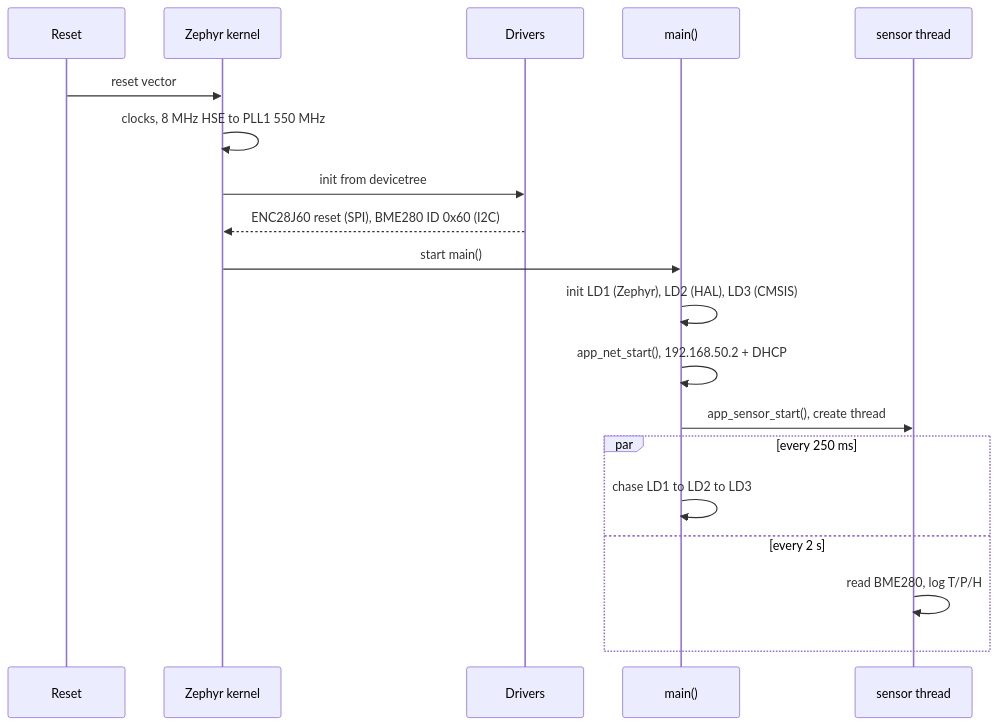
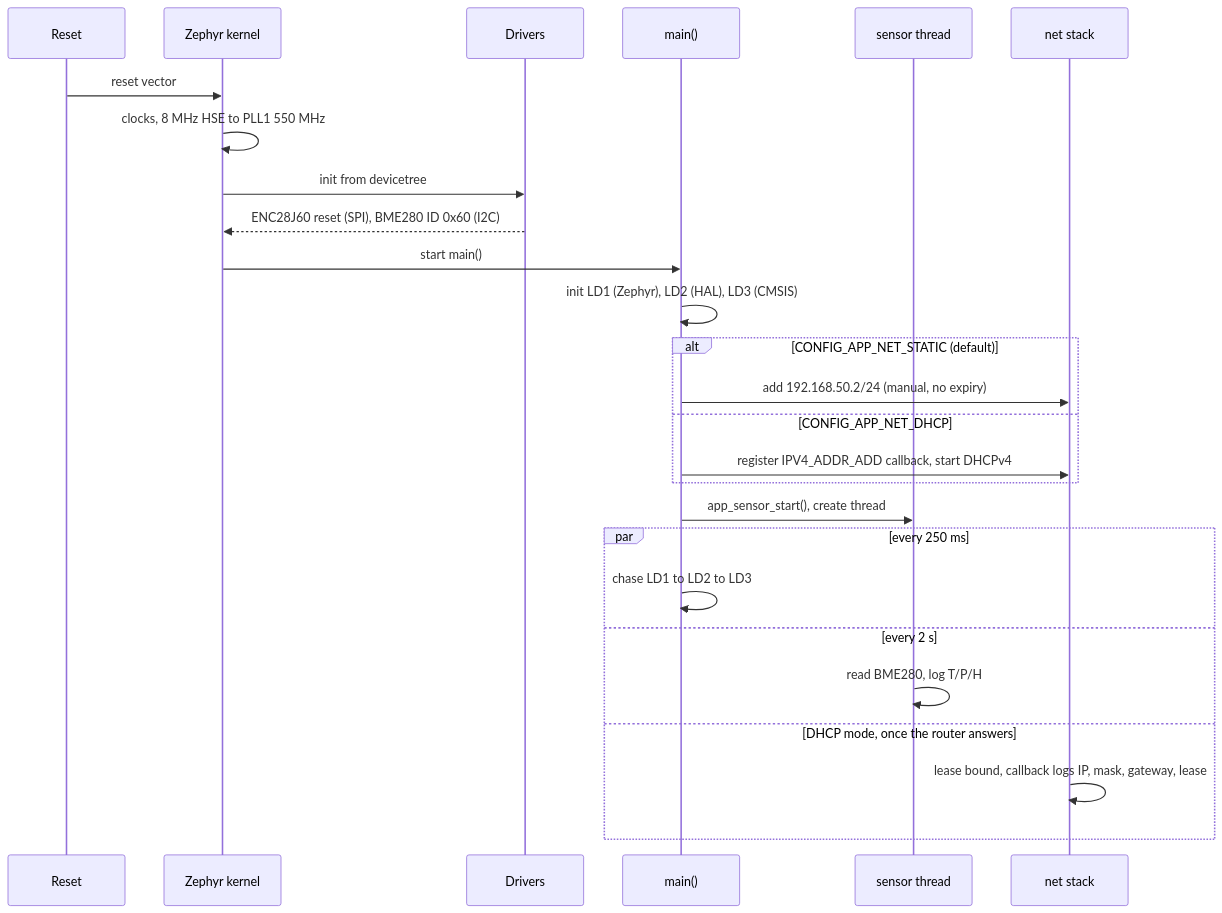
The second of 3 diagrams in docs/architecture.md (kgsinh/eco-connect-gateway), drawn with Mermaid before and after one commit. The commit also changed other lines of this file and 6 other files, not shown here.

First line of the commit message:
Network: static IPv4 or DHCPv4 selected by Kconfig choice

````diff
--- a/docs/architecture.md
+++ b/docs/architecture.md
@@ -52,21 +62,28 @@
 ```mermaid
 sequenceDiagram
     participant R as Reset
     participant K as Zephyr kernel
     participant D as Drivers
     participant M as main()
     participant S as sensor thread
+    participant N as net stack
     R->>K: reset vector
     K->>K: clocks, 8 MHz HSE to PLL1 550 MHz
     K->>D: init from devicetree
     D-->>K: ENC28J60 reset (SPI), BME280 ID 0x60 (I2C)
     K->>M: start main()
     M->>M: init LD1 (Zephyr), LD2 (HAL), LD3 (CMSIS)
-    M->>M: app_net_start(), 192.168.50.2 + DHCP
+    alt CONFIG_APP_NET_STATIC (default)
+        M->>N: add 192.168.50.2/24 (manual, no expiry)
+    else CONFIG_APP_NET_DHCP
+        M->>N: register IPV4_ADDR_ADD callback, start DHCPv4
+    end
     M->>S: app_sensor_start(), create thread
     par every 250 ms
         M->>M: chase LD1 to LD2 to LD3
     and every 2 s
         S->>S: read BME280, log T/P/H
+    and DHCP mode, once the router answers
+        N->>N: lease bound, callback logs IP, mask, gateway, lease
     end
 ```
````
